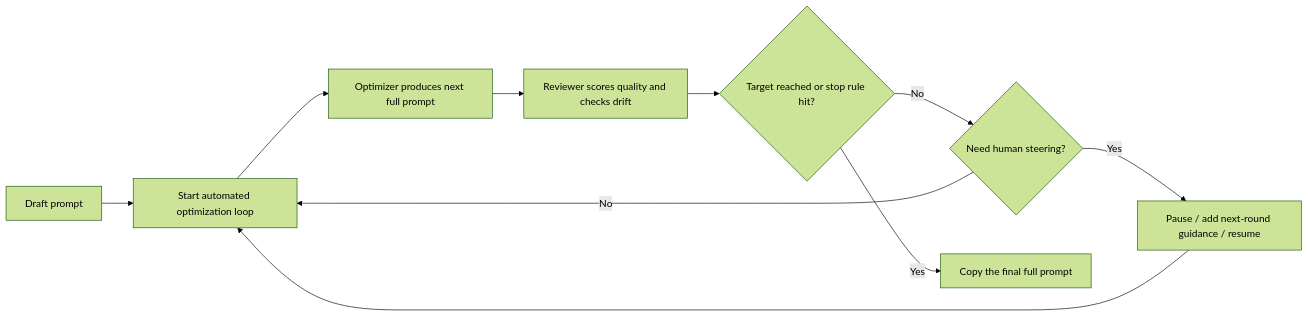
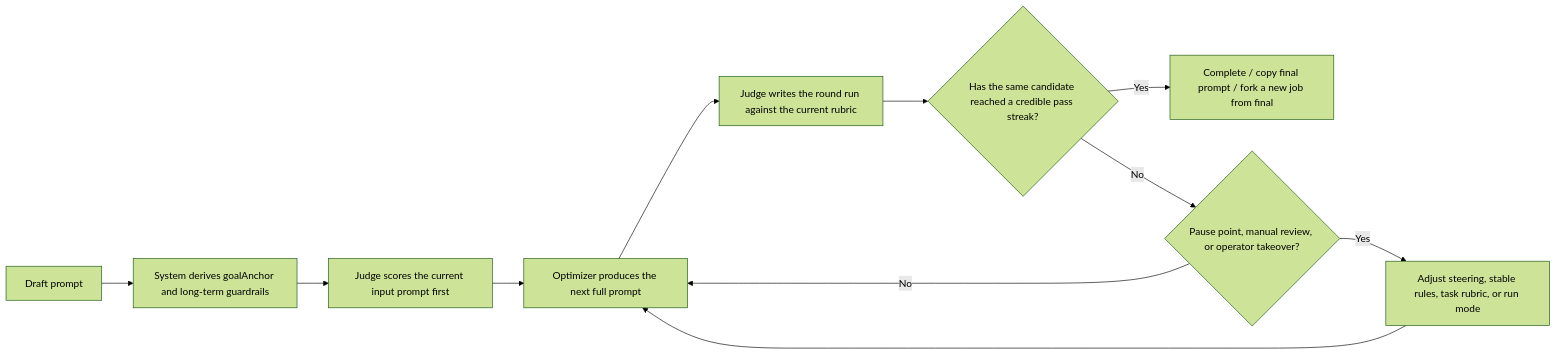
Before and after one commit to XBigRoad/prompt-optimizer-studio: the diagram in README_EN.md, drawn with Mermaid (forest theme). The commit also changed other lines of this file and 1 other file, not shown here.

````diff
--- a/README_EN.md
+++ b/README_EN.md
@@ -48,12 +51,13 @@
 ```mermaid
 flowchart LR
-    A[Draft prompt] --> B[Start automated optimization loop]
-    B --> C[Optimizer produces next full prompt]
-    C --> D[Reviewer scores quality and checks drift]
-    D --> E{Target reached or stop rule hit?}
-    E -- No --> F{Need human steering?}
-    F -- No --> B
-    F -- Yes --> G[Pause / add next-round guidance / resume]
-    G --> B
-    E -- Yes --> H[Copy the final full prompt]
+    A[Draft prompt] --> B[System derives goalAnchor and long-term guardrails]
+    B --> C[Judge scores the current input prompt first]
+    C --> D[Optimizer produces the next full prompt]
+    D --> E[Judge writes the round run against the current rubric]
+    E --> F{Has the same candidate reached a credible pass streak?}
+    F -- Yes --> G[Complete / copy final prompt / fork a new job from final]
+    F -- No --> H{Pause point, manual review, or operator takeover?}
+    H -- No --> D
+    H -- Yes --> I[Adjust steering, stable rules, task rubric, or run mode]
+    I --> D
 ```
````
